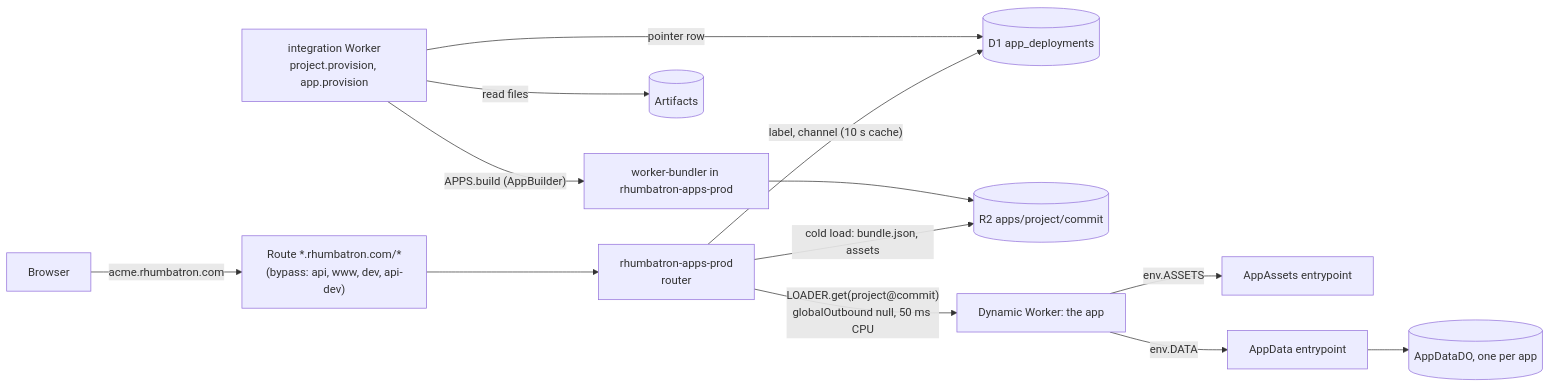
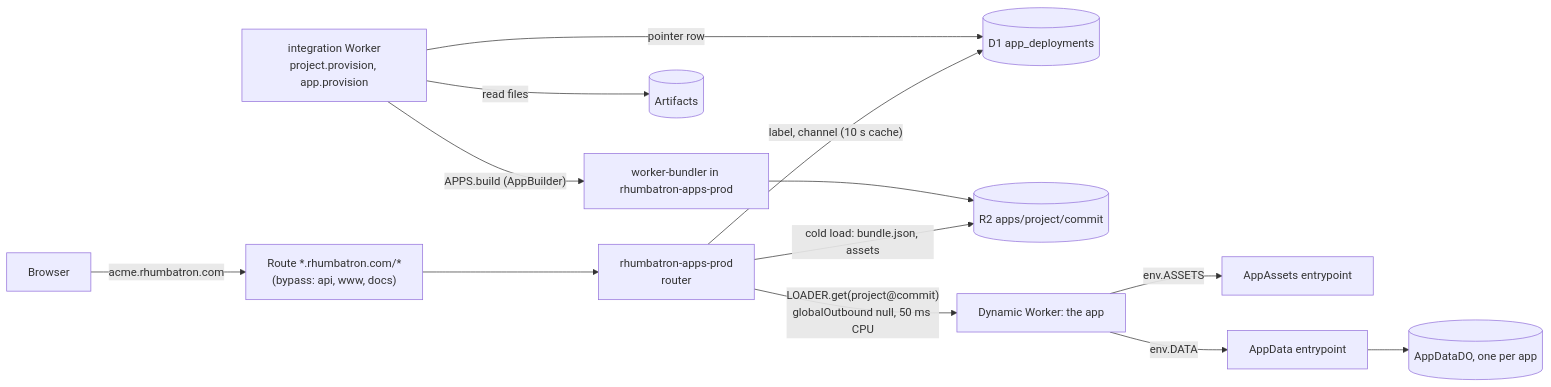
The diagram in docs/adr/0020-live-apps-dynamic-workers.md (nsudhanva/rhumbatron), drawn with Mermaid before and after one commit. The commit also changed other lines of this file and 25 other files, not shown here.

````diff
--- a/docs/adr/0020-live-apps-dynamic-workers.md
+++ b/docs/adr/0020-live-apps-dynamic-workers.md
@@ -232,14 +221,14 @@
 ```mermaid
 flowchart LR
-  user["Browser"] -->|"acme.rhumbatron.com"| route["Route *.rhumbatron.com/*<br/>(bypass: api, www, dev, api-dev)"]
+  user["Browser"] -->|"acme.rhumbatron.com"| route["Route *.rhumbatron.com/*<br/>(bypass: api, www, docs)"]
   route --> router["rhumbatron-apps-prod<br/>router"]
   router -->|"label, channel (10 s cache)"| d1[("D1 app_deployments")]
   router -->|"cold load: bundle.json, assets"| r2[("R2 apps/project/commit")]
   router -->|"LOADER.get(project@commit)<br/>globalOutbound null, 50 ms CPU"| app["Dynamic Worker: the app"]
   app -->|"env.ASSETS"| assets["AppAssets entrypoint"]
   app -->|"env.DATA"| data["AppData entrypoint"] --> ado[("AppDataDO, one per app")]
   integ["integration Worker<br/>project.provision, app.provision"] -->|"read files"| art[("Artifacts")]
   integ -->|"APPS.build (AppBuilder)"| builder["worker-bundler in rhumbatron-apps-prod"]
   builder --> r2
   integ -->|"pointer row"| d1
 ```
````
